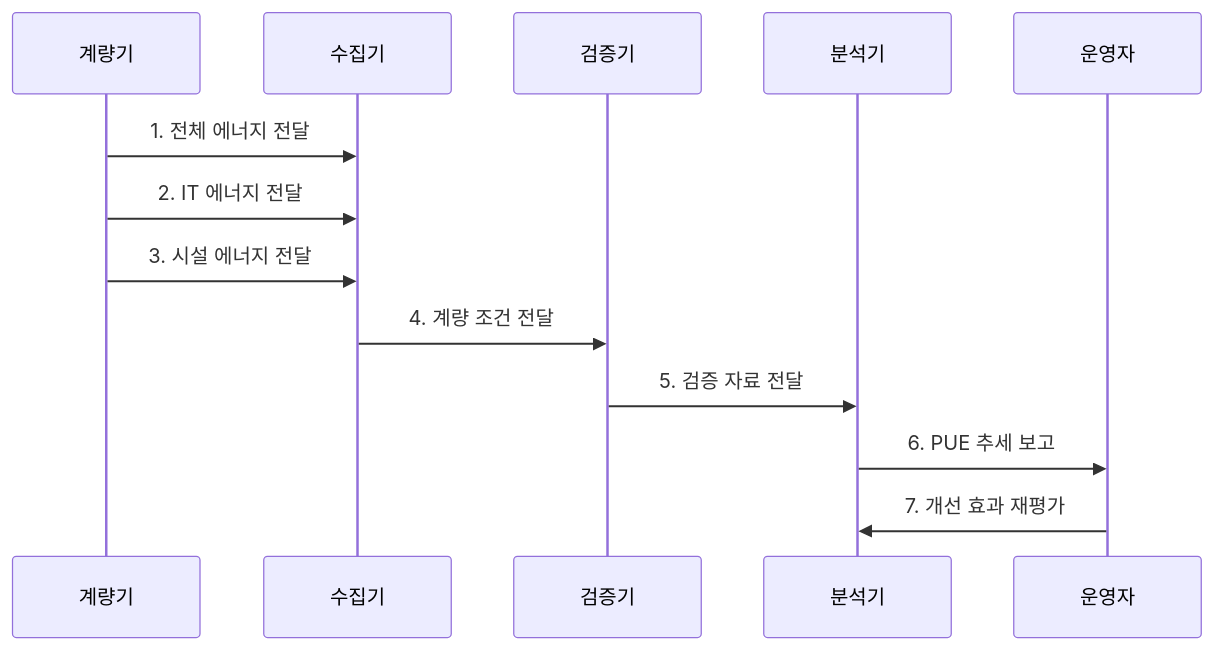
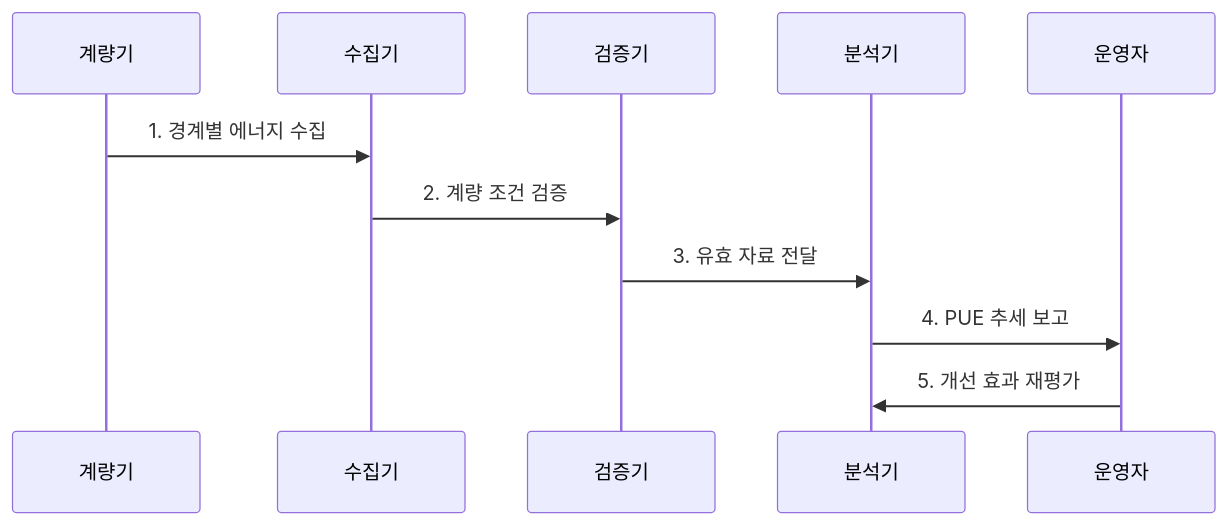
One commit to agnusdei1207/knowledge-base changed the second of 2 diagrams in src/content/docs/notes/02-hardware/058_power_usage_effectiveness.md. Above: the diagram before and after it, drawn with Mermaid. The commit also changed other lines of this file and 86 other files, not shown here.

````diff
--- a/src/content/docs/notes/02-hardware/058_power_usage_effectiveness.md
+++ b/src/content/docs/notes/02-hardware/058_power_usage_effectiveness.md
@@ -69,16 +75,14 @@
 ```mermaid
 sequenceDiagram
     participant M as 계량기
     participant C as 수집기
     participant V as 검증기
     participant A as 분석기
     participant O as 운영자
 
-    M->>C: 1. 전체 에너지 전달
-    M->>C: 2. IT 에너지 전달
-    M->>C: 3. 시설 에너지 전달
-    C->>V: 4. 계량 조건 전달
-    V->>A: 5. 검증 자료 전달
-    A->>O: 6. PUE 추세 보고
-    O->>A: 7. 개선 효과 재평가
+    M->>C: 1. 경계별 에너지 수집
+    C->>V: 2. 계량 조건 검증
+    V->>A: 3. 유효 자료 전달
+    A->>O: 4. PUE 추세 보고
+    O->>A: 5. 개선 효과 재평가
 ```
````
